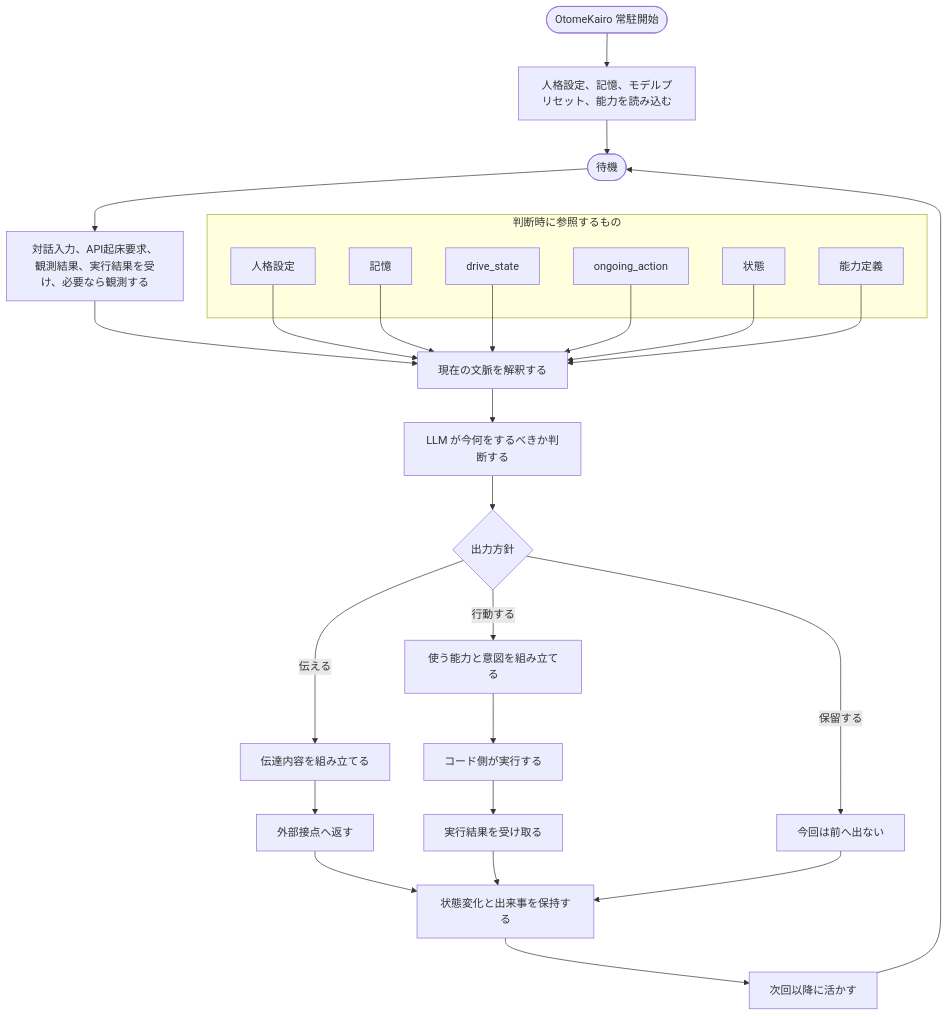
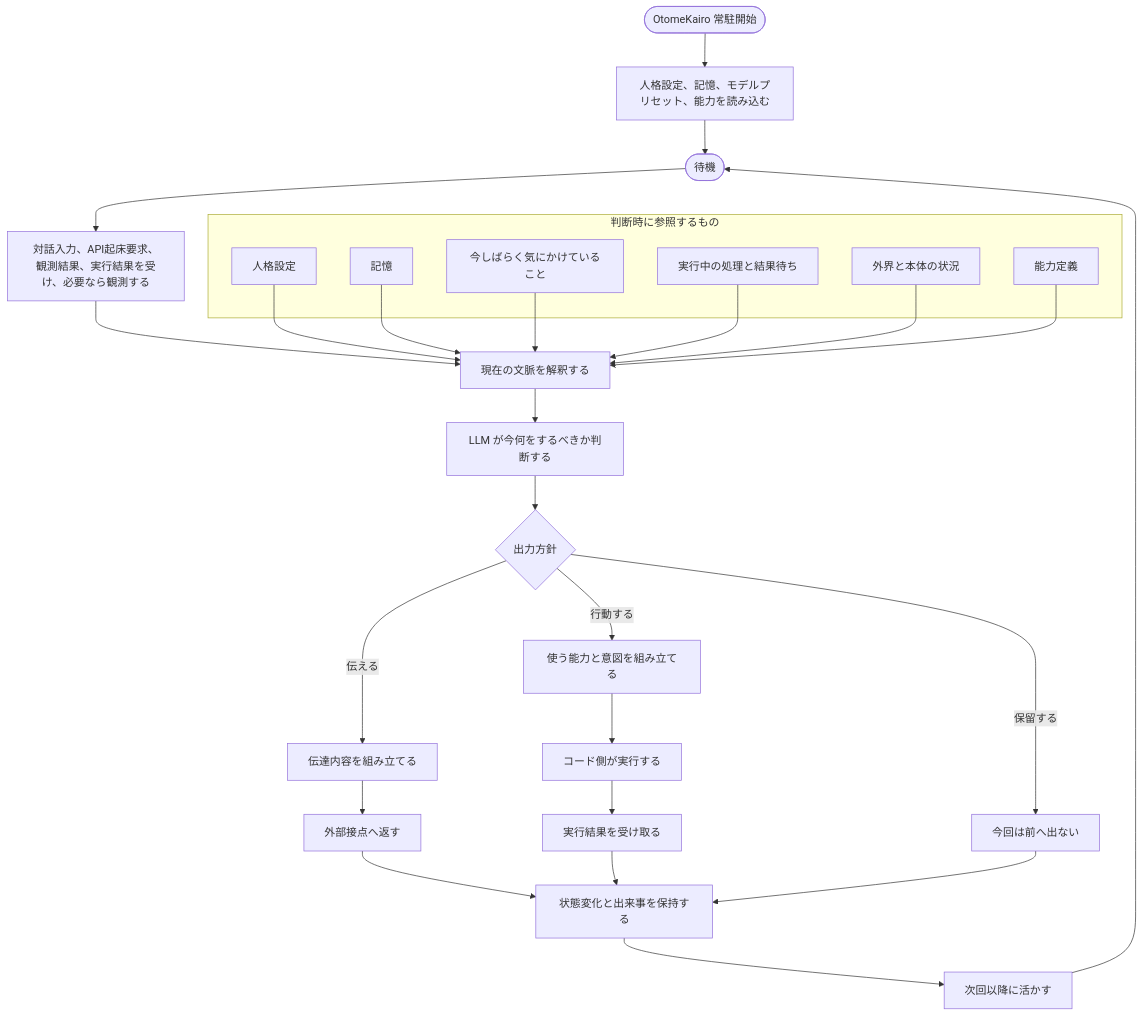
The diagram in docs/design/foundation/アーキテクチャ.md (hirona98/OtomeKairo), drawn with Mermaid before and after one commit. The commit also changed other lines of this file, not shown here.

````diff
--- a/docs/design/foundation/アーキテクチャ.md
+++ b/docs/design/foundation/アーキテクチャ.md
@@ -53,51 +53,51 @@
 ```mermaid
 flowchart TD
     Start([OtomeKairo 常駐開始])
     Load[人格設定、記憶、モデルプリセット、能力を読み込む]
     Wait([待機])
     Observe[対話入力、API起床要求、観測結果、実行結果を受け、必要なら観測する]
     Build[現在の文脈を解釈する]
     Decide["LLM が今何をするべきか判断する"]
     Branch{出力方針}
     Communicate[伝達内容を組み立てる]
     Plan[使う能力と意図を組み立てる]
     Execute[コード側が実行する]
     Hold[今回は前へ出ない]
     Return[外部接点へ返す]
     Result[実行結果を受け取る]
     Store[状態変化と出来事を保持する]
     Next[次回以降に活かす]
 
     subgraph Ref["判断時に参照するもの"]
         Persona[人格設定]
         Memory[記憶]
-        Drive[drive_state]
-        Action[ongoing_action]
-        State[状態]
+        Drive[今しばらく気にかけていること]
+        Action[実行中の処理と結果待ち]
+        State[外界と本体の状況]
         Capability[能力定義]
     end
 
     Start --> Load
     Load --> Wait
     Wait --> Observe
     Observe --> Build
     Persona --> Build
     Memory --> Build
     Drive --> Build
     Action --> Build
     State --> Build
     Capability --> Build
     Build --> Decide
     Decide --> Branch
     Branch -->|伝える| Communicate
     Branch -->|行動する| Plan
     Branch -->|保留する| Hold
     Communicate --> Return
     Plan --> Execute
     Execute --> Result
     Return --> Store
     Result --> Store
     Hold --> Store
     Store --> Next
     Next --> Wait
 ```
````
